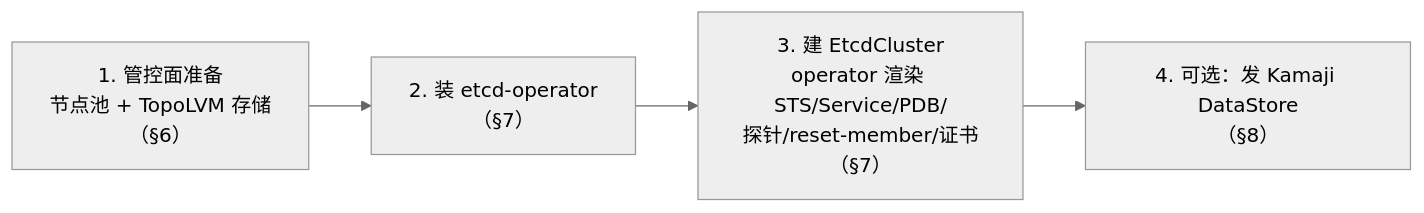
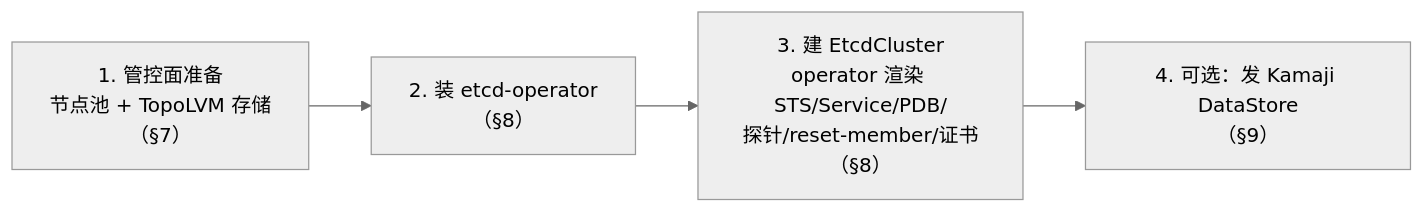
Before and after one commit to alauda/etcd-operator: the first of 3 diagrams in docs/design/hcp-etcd-design.md, drawn with Mermaid (neutral theme). The commit also changed other lines of this file and 1 other file, not shown here.

First line of the commit message:
docs: ACP HCP etcd 高可用设计

````diff
--- a/docs/design/hcp-etcd-design.md
+++ b/docs/design/hcp-etcd-design.md
@@ -72,6 +119,6 @@
 ```mermaid
 flowchart LR
-  A["1. 管控面准备<br/>节点池 + TopoLVM 存储<br/>（§6）"] --> B["2. 装 etcd-operator<br/>（§7）"]
-  B --> C["3. 建 EtcdCluster<br/>operator 渲染 STS/Service/PDB/<br/>探针/reset-member/证书（§7）"]
-  C --> D["4. 可选：发 Kamaji DataStore<br/>（§8）"]
+  A["1. 管控面准备<br/>节点池 + TopoLVM 存储<br/>（§7）"] --> B["2. 装 etcd-operator<br/>（§8）"]
+  B --> C["3. 建 EtcdCluster<br/>operator 渲染 STS/Service/PDB/<br/>探针/reset-member/证书（§8）"]
+  C --> D["4. 可选：发 Kamaji DataStore<br/>（§9）"]
 ```
````
